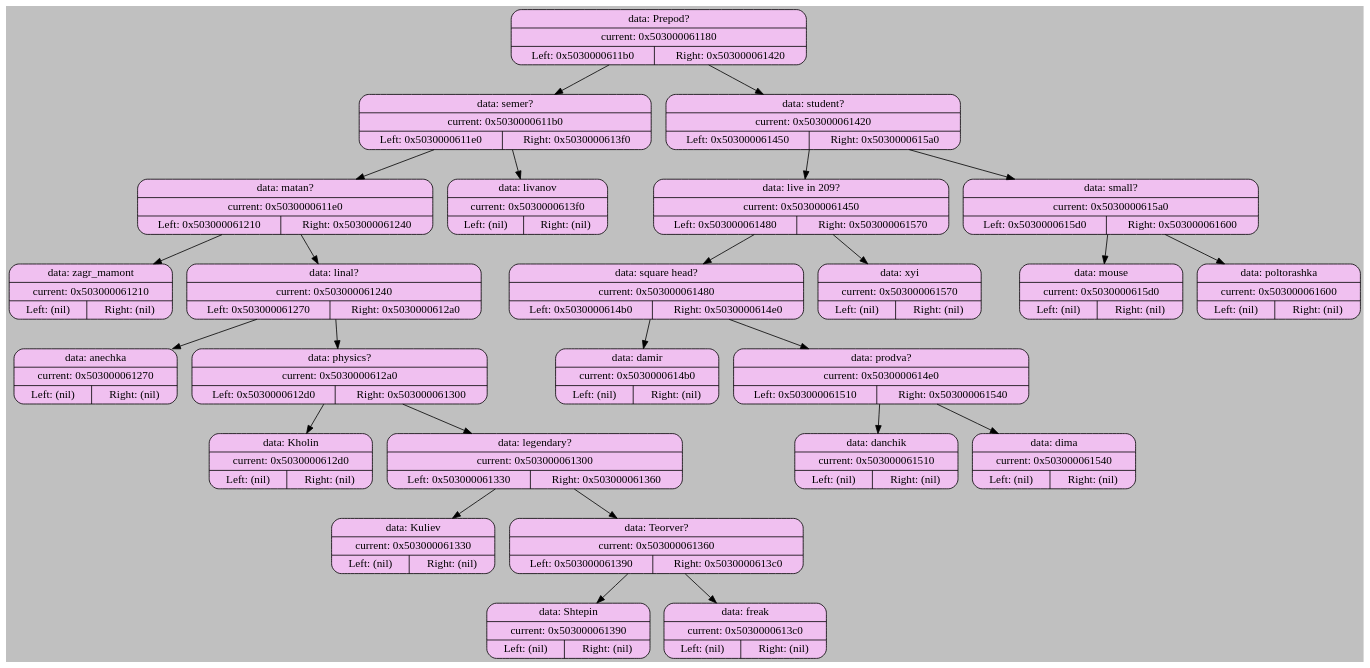
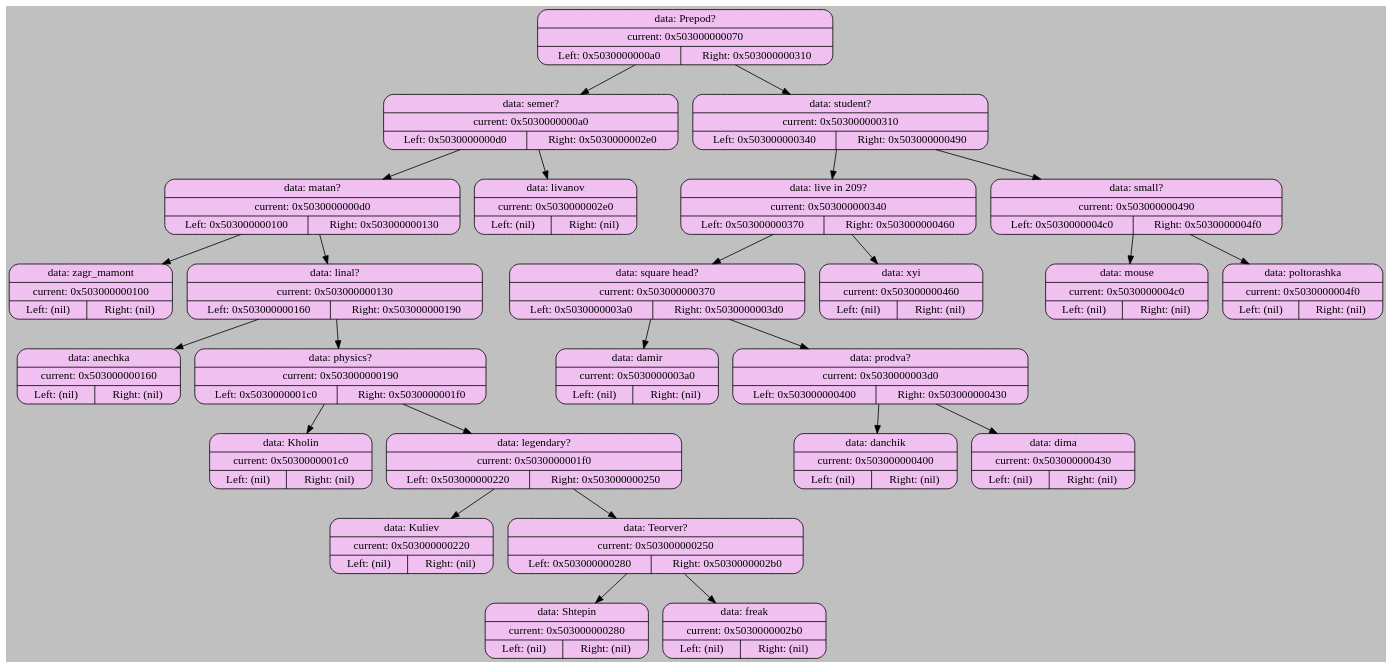
One commit to Atlaxsyys/akinator changed the diagram in graph_dump/graph_1.dot. Above: the diagram before and after it, drawn with Graphviz. The commit also changed 12 other files, not shown here.

```diff
--- a/graph_dump/graph_1.dot
+++ b/graph_dump/graph_1.dot
@@ -1,54 +1,54 @@
 digraph BinaryTree {
     bgcolor="#C0C0C0";
 
     node [shape=record];
-    "0x503000061180" [shape=Mrecord, style=filled; fillcolor="#F0C0F0"; label="{data: Prepod? | current: 0x503000061180 | { Left: 0x5030000611b0 | Right: 0x503000061420 } }"];
-    "0x503000061180" -> "0x5030000611b0";
-    "0x5030000611b0" [shape=Mrecord, style=filled; fillcolor="#F0C0F0"; label="{data: semer? | current: 0x5030000611b0 | { Left: 0x5030000611e0 | Right: 0x5030000613f0 } }"];
-    "0x5030000611b0" -> "0x5030000611e0";
-    "0x5030000611e0" [shape=Mrecord, style=filled; fillcolor="#F0C0F0"; label="{data: matan? | current: 0x5030000611e0 | { Left: 0x503000061210 | Right: 0x503000061240 } }"];
-    "0x5030000611e0" -> "0x503000061210";
-    "0x503000061210" [shape=Mrecord, style=filled; fillcolor="#F0C0F0"; label="{data: zagr_mamont | current: 0x503000061210 | { Left: (nil) | Right: (nil) } }"];
-    "0x5030000611e0" -> "0x503000061240";
-    "0x503000061240" [shape=Mrecord, style=filled; fillcolor="#F0C0F0"; label="{data: linal? | current: 0x503000061240 | { Left: 0x503000061270 | Right: 0x5030000612a0 } }"];
-    "0x503000061240" -> "0x503000061270";
-    "0x503000061270" [shape=Mrecord, style=filled; fillcolor="#F0C0F0"; label="{data: anechka | current: 0x503000061270 | { Left: (nil) | Right: (nil) } }"];
-    "0x503000061240" -> "0x5030000612a0";
-    "0x5030000612a0" [shape=Mrecord, style=filled; fillcolor="#F0C0F0"; label="{data: physics? | current: 0x5030000612a0 | { Left: 0x5030000612d0 | Right: 0x503000061300 } }"];
-    "0x5030000612a0" -> "0x5030000612d0";
-    "0x5030000612d0" [shape=Mrecord, style=filled; fillcolor="#F0C0F0"; label="{data: Kholin | current: 0x5030000612d0 | { Left: (nil) | Right: (nil) } }"];
-    "0x5030000612a0" -> "0x503000061300";
-    "0x503000061300" [shape=Mrecord, style=filled; fillcolor="#F0C0F0"; label="{data: legendary? | current: 0x503000061300 | { Left: 0x503000061330 | Right: 0x503000061360 } }"];
-    "0x503000061300" -> "0x503000061330";
-    "0x503000061330" [shape=Mrecord, style=filled; fillcolor="#F0C0F0"; label="{data: Kuliev | current: 0x503000061330 | { Left: (nil) | Right: (nil) } }"];
-    "0x503000061300" -> "0x503000061360";
-    "0x503000061360" [shape=Mrecord, style=filled; fillcolor="#F0C0F0"; label="{data: Teorver? | current: 0x503000061360 | { Left: 0x503000061390 | Right: 0x5030000613c0 } }"];
-    "0x503000061360" -> "0x503000061390";
-    "0x503000061390" [shape=Mrecord, style=filled; fillcolor="#F0C0F0"; label="{data: Shtepin | current: 0x503000061390 | { Left: (nil) | Right: (nil) } }"];
-    "0x503000061360" -> "0x5030000613c0";
-    "0x5030000613c0" [shape=Mrecord, style=filled; fillcolor="#F0C0F0"; label="{data: freak | current: 0x5030000613c0 | { Left: (nil) | Right: (nil) } }"];
-    "0x5030000611b0" -> "0x5030000613f0";
-    "0x5030000613f0" [shape=Mrecord, style=filled; fillcolor="#F0C0F0"; label="{data: livanov | current: 0x5030000613f0 | { Left: (nil) | Right: (nil) } }"];
-    "0x503000061180" -> "0x503000061420";
-    "0x503000061420" [shape=Mrecord, style=filled; fillcolor="#F0C0F0"; label="{data: student? | current: 0x503000061420 | { Left: 0x503000061450 | Right: 0x5030000615a0 } }"];
-    "0x503000061420" -> "0x503000061450";
-    "0x503000061450" [shape=Mrecord, style=filled; fillcolor="#F0C0F0"; label="{data: live in 209? | current: 0x503000061450 | { Left: 0x503000061480 | Right: 0x503000061570 } }"];
-    "0x503000061450" -> "0x503000061480";
-    "0x503000061480" [shape=Mrecord, style=filled; fillcolor="#F0C0F0"; label="{data: square head? | current: 0x503000061480 | { Left: 0x5030000614b0 | Right: 0x5030000614e0 } }"];
-    "0x503000061480" -> "0x5030000614b0";
-    "0x5030000614b0" [shape=Mrecord, style=filled; fillcolor="#F0C0F0"; label="{data: damir | current: 0x5030000614b0 | { Left: (nil) | Right: (nil) } }"];
-    "0x503000061480" -> "0x5030000614e0";
-    "0x5030000614e0" [shape=Mrecord, style=filled; fillcolor="#F0C0F0"; label="{data: prodva? | current: 0x5030000614e0 | { Left: 0x503000061510 | Right: 0x503000061540 } }"];
-    "0x5030000614e0" -> "0x503000061510";
-    "0x503000061510" [shape=Mrecord, style=filled; fillcolor="#F0C0F0"; label="{data: danchik | current: 0x503000061510 | { Left: (nil) | Right: (nil) } }"];
-    "0x5030000614e0" -> "0x503000061540";
-    "0x503000061540" [shape=Mrecord, style=filled; fillcolor="#F0C0F0"; label="{data: dima | current: 0x503000061540 | { Left: (nil) | Right: (nil) } }"];
-    "0x503000061450" -> "0x503000061570";
-    "0x503000061570" [shape=Mrecord, style=filled; fillcolor="#F0C0F0"; label="{data: xyi | current: 0x503000061570 | { Left: (nil) | Right: (nil) } }"];
-    "0x503000061420" -> "0x5030000615a0";
-    "0x5030000615a0" [shape=Mrecord, style=filled; fillcolor="#F0C0F0"; label="{data: small? | current: 0x5030000615a0 | { Left: 0x5030000615d0 | Right: 0x503000061600 } }"];
-    "0x5030000615a0" -> "0x5030000615d0";
-    "0x5030000615d0" [shape=Mrecord, style=filled; fillcolor="#F0C0F0"; label="{data: mouse | current: 0x5030000615d0 | { Left: (nil) | Right: (nil) } }"];
-    "0x5030000615a0" -> "0x503000061600";
-    "0x503000061600" [shape=Mrecord, style=filled; fillcolor="#F0C0F0"; label="{data: poltorashka | current: 0x503000061600 | { Left: (nil) | Right: (nil) } }"];
+    "0x503000000070" [shape=Mrecord, style=filled; fillcolor="#F0C0F0"; label="{data: Prepod? | current: 0x503000000070 | { Left: 0x5030000000a0 | Right: 0x503000000310 } }"];
+    "0x503000000070" -> "0x5030000000a0";
+    "0x5030000000a0" [shape=Mrecord, style=filled; fillcolor="#F0C0F0"; label="{data: semer? | current: 0x5030000000a0 | { Left: 0x5030000000d0 | Right: 0x5030000002e0 } }"];
+    "0x5030000000a0" -> "0x5030000000d0";
+    "0x5030000000d0" [shape=Mrecord, style=filled; fillcolor="#F0C0F0"; label="{data: matan? | current: 0x5030000000d0 | { Left: 0x503000000100 | Right: 0x503000000130 } }"];
+    "0x5030000000d0" -> "0x503000000100";
+    "0x503000000100" [shape=Mrecord, style=filled; fillcolor="#F0C0F0"; label="{data: zagr_mamont | current: 0x503000000100 | { Left: (nil) | Right: (nil) } }"];
+    "0x5030000000d0" -> "0x503000000130";
+    "0x503000000130" [shape=Mrecord, style=filled; fillcolor="#F0C0F0"; label="{data: linal? | current: 0x503000000130 | { Left: 0x503000000160 | Right: 0x503000000190 } }"];
+    "0x503000000130" -> "0x503000000160";
+    "0x503000000160" [shape=Mrecord, style=filled; fillcolor="#F0C0F0"; label="{data: anechka | current: 0x503000000160 | { Left: (nil) | Right: (nil) } }"];
+    "0x503000000130" -> "0x503000000190";
+    "0x503000000190" [shape=Mrecord, style=filled; fillcolor="#F0C0F0"; label="{data: physics? | current: 0x503000000190 | { Left: 0x5030000001c0 | Right: 0x5030000001f0 } }"];
+    "0x503000000190" -> "0x5030000001c0";
+    "0x5030000001c0" [shape=Mrecord, style=filled; fillcolor="#F0C0F0"; label="{data: Kholin | current: 0x5030000001c0 | { Left: (nil) | Right: (nil) } }"];
+    "0x503000000190" -> "0x5030000001f0";
+    "0x5030000001f0" [shape=Mrecord, style=filled; fillcolor="#F0C0F0"; label="{data: legendary? | current: 0x5030000001f0 | { Left: 0x503000000220 | Right: 0x503000000250 } }"];
+    "0x5030000001f0" -> "0x503000000220";
+    "0x503000000220" [shape=Mrecord, style=filled; fillcolor="#F0C0F0"; label="{data: Kuliev | current: 0x503000000220 | { Left: (nil) | Right: (nil) } }"];
+    "0x5030000001f0" -> "0x503000000250";
+    "0x503000000250" [shape=Mrecord, style=filled; fillcolor="#F0C0F0"; label="{data: Teorver? | current: 0x503000000250 | { Left: 0x503000000280 | Right: 0x5030000002b0 } }"];
+    "0x503000000250" -> "0x503000000280";
+    "0x503000000280" [shape=Mrecord, style=filled; fillcolor="#F0C0F0"; label="{data: Shtepin | current: 0x503000000280 | { Left: (nil) | Right: (nil) } }"];
+    "0x503000000250" -> "0x5030000002b0";
+    "0x5030000002b0" [shape=Mrecord, style=filled; fillcolor="#F0C0F0"; label="{data: freak | current: 0x5030000002b0 | { Left: (nil) | Right: (nil) } }"];
+    "0x5030000000a0" -> "0x5030000002e0";
+    "0x5030000002e0" [shape=Mrecord, style=filled; fillcolor="#F0C0F0"; label="{data: livanov | current: 0x5030000002e0 | { Left: (nil) | Right: (nil) } }"];
+    "0x503000000070" -> "0x503000000310";
+    "0x503000000310" [shape=Mrecord, style=filled; fillcolor="#F0C0F0"; label="{data: student? | current: 0x503000000310 | { Left: 0x503000000340 | Right: 0x503000000490 } }"];
+    "0x503000000310" -> "0x503000000340";
+    "0x503000000340" [shape=Mrecord, style=filled; fillcolor="#F0C0F0"; label="{data: live in 209? | current: 0x503000000340 | { Left: 0x503000000370 | Right: 0x503000000460 } }"];
+    "0x503000000340" -> "0x503000000370";
+    "0x503000000370" [shape=Mrecord, style=filled; fillcolor="#F0C0F0"; label="{data: square head? | current: 0x503000000370 | { Left: 0x5030000003a0 | Right: 0x5030000003d0 } }"];
+    "0x503000000370" -> "0x5030000003a0";
+    "0x5030000003a0" [shape=Mrecord, style=filled; fillcolor="#F0C0F0"; label="{data: damir | current: 0x5030000003a0 | { Left: (nil) | Right: (nil) } }"];
+    "0x503000000370" -> "0x5030000003d0";
+    "0x5030000003d0" [shape=Mrecord, style=filled; fillcolor="#F0C0F0"; label="{data: prodva? | current: 0x5030000003d0 | { Left: 0x503000000400 | Right: 0x503000000430 } }"];
+    "0x5030000003d0" -> "0x503000000400";
+    "0x503000000400" [shape=Mrecord, style=filled; fillcolor="#F0C0F0"; label="{data: danchik | current: 0x503000000400 | { Left: (nil) | Right: (nil) } }"];
+    "0x5030000003d0" -> "0x503000000430";
+    "0x503000000430" [shape=Mrecord, style=filled; fillcolor="#F0C0F0"; label="{data: dima | current: 0x503000000430 | { Left: (nil) | Right: (nil) } }"];
+    "0x503000000340" -> "0x503000000460";
+    "0x503000000460" [shape=Mrecord, style=filled; fillcolor="#F0C0F0"; label="{data: xyi | current: 0x503000000460 | { Left: (nil) | Right: (nil) } }"];
+    "0x503000000310" -> "0x503000000490";
+    "0x503000000490" [shape=Mrecord, style=filled; fillcolor="#F0C0F0"; label="{data: small? | current: 0x503000000490 | { Left: 0x5030000004c0 | Right: 0x5030000004f0 } }"];
+    "0x503000000490" -> "0x5030000004c0";
+    "0x5030000004c0" [shape=Mrecord, style=filled; fillcolor="#F0C0F0"; label="{data: mouse | current: 0x5030000004c0 | { Left: (nil) | Right: (nil) } }"];
+    "0x503000000490" -> "0x5030000004f0";
+    "0x5030000004f0" [shape=Mrecord, style=filled; fillcolor="#F0C0F0"; label="{data: poltorashka | current: 0x5030000004f0 | { Left: (nil) | Right: (nil) } }"];
 }
```
